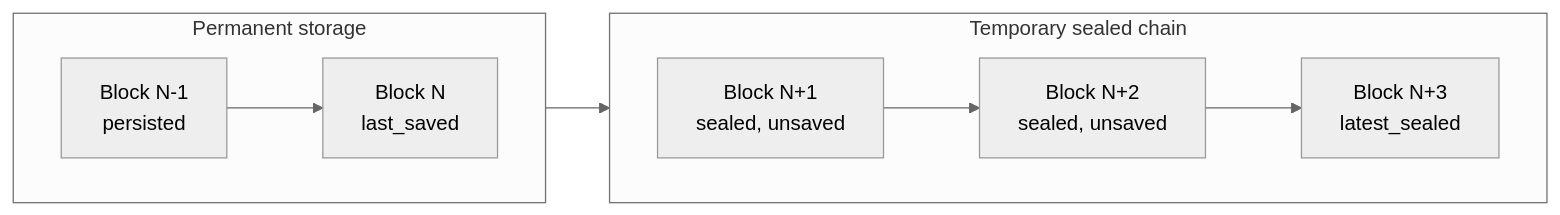
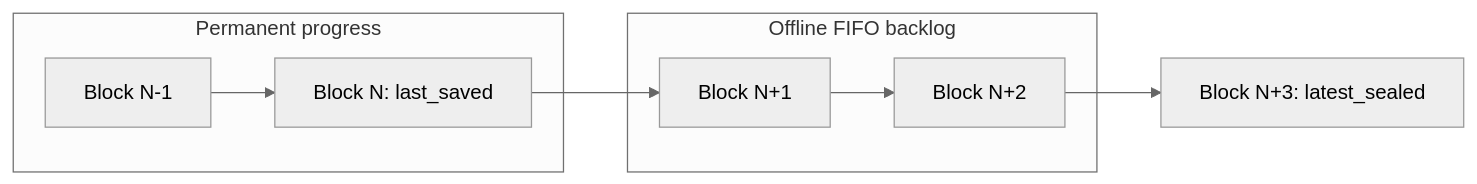
The first of 2 diagrams in docs/continuity.md (cloudwalk/stratus), drawn with Mermaid (neutral theme) before and after one commit. The commit also changed other lines of this file, not shown here.

````diff
--- a/docs/continuity.md
+++ b/docs/continuity.md
@@ -12,15 +14,14 @@
 ```mermaid
 flowchart LR
-    subgraph permanent["Permanent storage"]
-        direction LR
-        P0["Block N-1<br/>persisted"] --> P1["Block N<br/>last_saved"]
+    subgraph durable [Permanent progress]
+        P0["Block N-1"] --> P1["Block N: last_saved"]
     end
 
-    subgraph temporary["Temporary sealed chain"]
-        direction LR
-        T1["Block N+1<br/>sealed, unsaved"] --> T2["Block N+2<br/>sealed, unsaved"]
-        T2 --> T3["Block N+3<br/>latest_sealed"]
+    subgraph backlog [Offline FIFO backlog]
+        Q1["Block N+1"] --> Q2["Block N+2"]
     end
 
-    P1 --> T1
+    T["Block N+3: latest_sealed"]
+    P1 --> Q1
+    Q2 --> T
 ```
````
